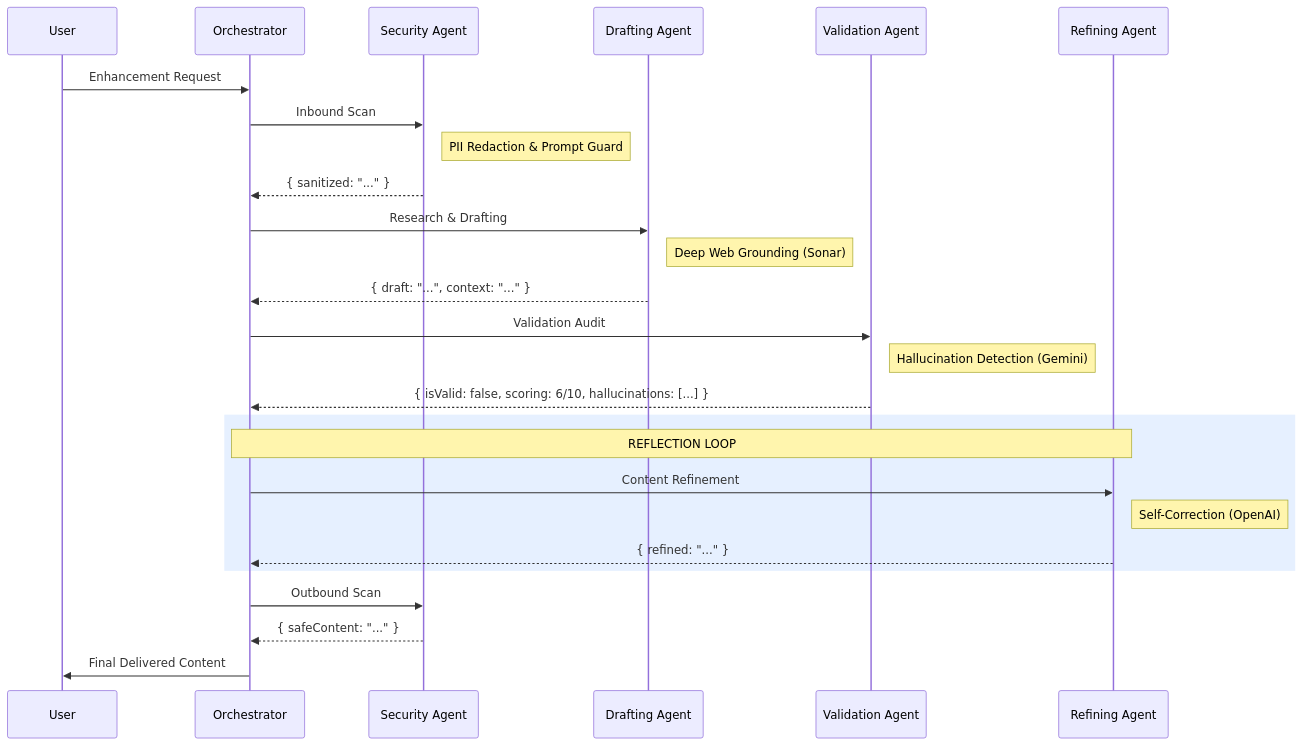
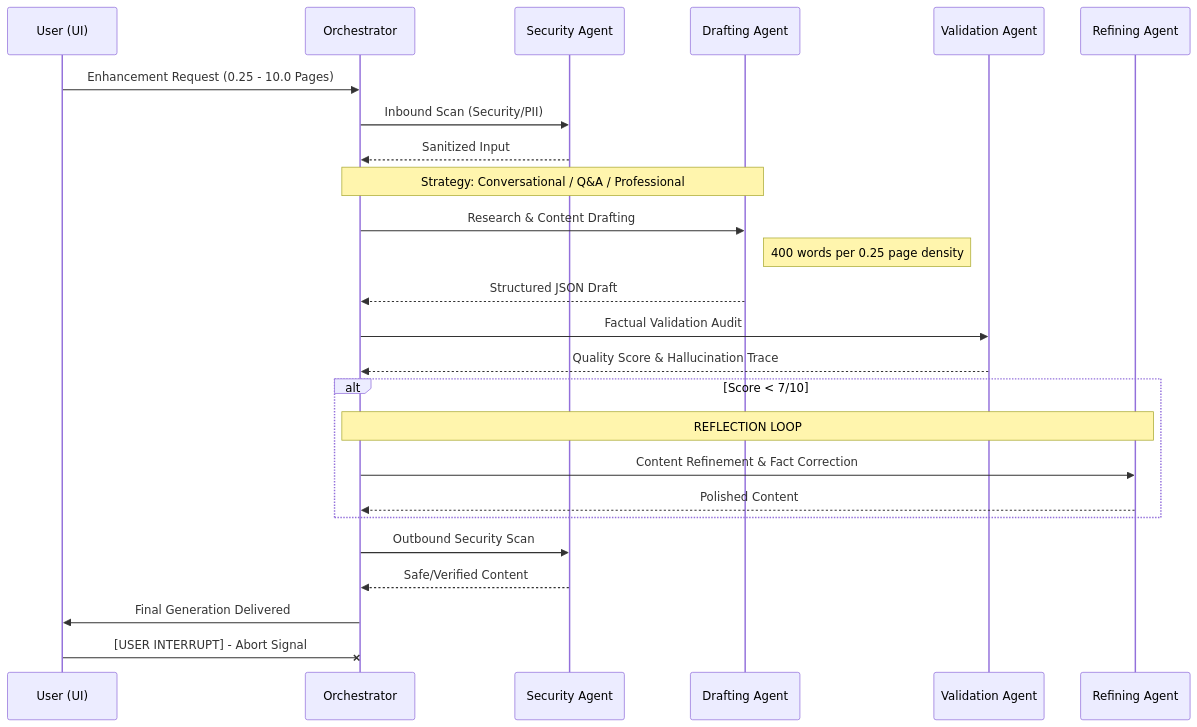
The second of 2 diagrams in README.md (rs-rajsan/GhostPost), drawn with Mermaid before and after one commit. The commit also changed other lines of this file, not shown here.

````diff
--- a/README.md
+++ b/README.md
@@ -62,33 +74,33 @@
 ```mermaid
 sequenceDiagram
-    participant U as User
+    participant U as User (UI)
     participant O as Orchestrator
     participant S as Security Agent
     participant D as Drafting Agent
     participant V as Validation Agent
     participant R as Refining Agent
 
-    U->>O: Enhancement Request
-    O->>S: Inbound Scan
-    Note right of S: PII Redaction & Prompt Guard
-    S-->>O: { sanitized: "..." }
+    U->>O: Enhancement Request (0.25 - 10.0 Pages)
+    O->>S: Inbound Scan (Security/PII)
+    S-->>O: Sanitized Input
     
-    O->>D: Research & Drafting
-    Note right of D: Deep Web Grounding (Sonar)
-    D-->>O: { draft: "...", context: "..." }
+    Note over O,D: Strategy: Conversational / Q&A / Professional
+    O->>D: Research & Content Drafting
+    Note right of D: 400 words per 0.25 page density
+    D-->>O: Structured JSON Draft
     
-    O->>V: Validation Audit
-    Note right of V: Hallucination Detection (Gemini)
-    V-->>O: { isValid: false, scoring: 6/10, hallucinations: [...] }
+    O->>V: Factual Validation Audit
+    V-->>O: Quality Score & Hallucination Trace
     
-    rect rgb(230, 240, 255)
-    Note over O,R: REFLECTION LOOP
-    O->>R: Content Refinement
-    Note right of R: Self-Correction (OpenAI)
-    R-->>O: { refined: "..." }
+    alt Score < 7/10
+        Note over O,R: REFLECTION LOOP
+        O->>R: Content Refinement & Fact Correction
+        R-->>O: Polished Content
     end
     
-    O->>S: Outbound Scan
-    S-->>O: { safeContent: "..." }
-    O->>U: Final Delivered Content
+    O->>S: Outbound Security Scan
+    S-->>O: Safe/Verified Content
+    O->>U: Final Generation Delivered
+    
+    U-X O: [USER INTERRUPT] - Abort Signal
 ```
````
